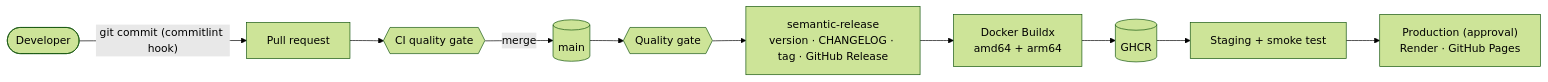
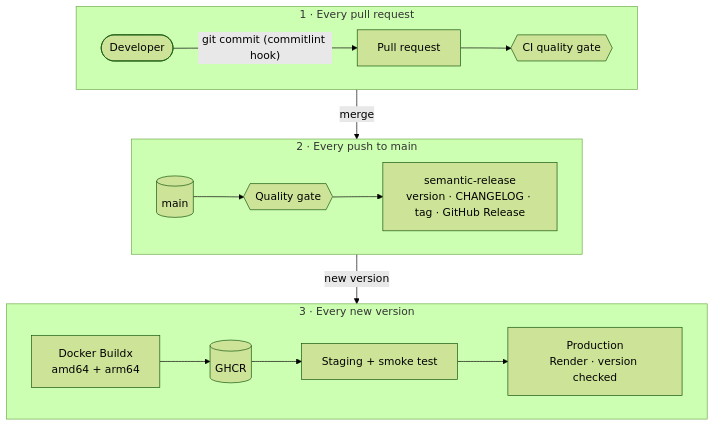
The diagram in docs/PROJECT_REPORT.md (Aditey1908/semver-release-pipeline), drawn with Mermaid (forest theme) before and after one commit. The commit also changed other lines of this file and 4 other files, not shown here.

````diff
--- a/docs/PROJECT_REPORT.md
+++ b/docs/PROJECT_REPORT.md
@@ -81,12 +81,17 @@
 ```mermaid
-flowchart LR
-    dev([Developer]) -->|"git commit (commitlint hook)"| pr[Pull request]
-    pr --> ci{{"CI quality gate"}}
-    ci -->|merge| main[(main)]
-    main --> gate{{Quality gate}}
-    gate --> sr["semantic-release<br/>version · CHANGELOG · tag · GitHub Release"]
-    sr --> img["Docker Buildx<br/>amd64 + arm64"]
-    img --> ghcr[(GHCR)]
-    ghcr --> stg[Staging + smoke test]
-    stg --> prod["Production (approval)<br/>Render · GitHub Pages"]
+flowchart TB
+    subgraph PR["1 · Every pull request"]
+        direction LR
+        dev([Developer]) -->|"git commit (commitlint hook)"| pr[Pull request] --> ci{{"CI quality gate"}}
+    end
+    subgraph REL["2 · Every push to main"]
+        direction LR
+        main[(main)] --> gate{{Quality gate}} --> sr["semantic-release<br/>version · CHANGELOG · tag · GitHub Release"]
+    end
+    subgraph DEP["3 · Every new version"]
+        direction LR
+        img["Docker Buildx<br/>amd64 + arm64"] --> ghcr[(GHCR)] --> stg[Staging + smoke test] --> prod["Production<br/>Render · version checked"]
+    end
+    PR -->|merge| REL
+    REL -->|new version| DEP
 ```
````
